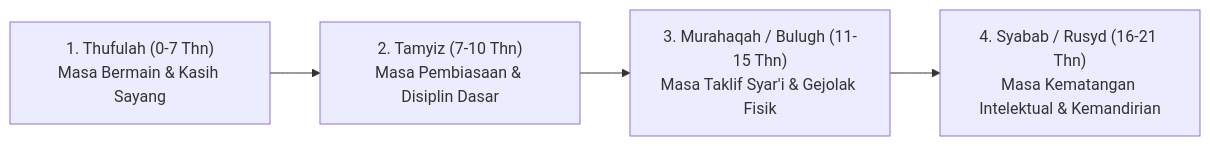
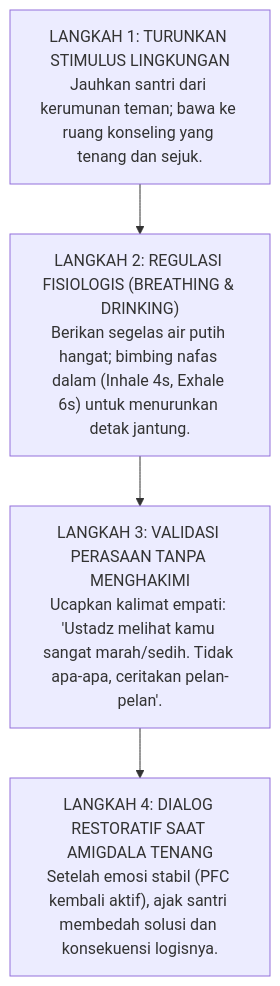
One commit to wandiapriliyandi/tumbuh changed the ninth of 9 diagrams in 01 Philosophy/03 Human Development/P1-03-02-Fase-dan-Lintasan-Perkembangan-Santri.md. Above: the diagram before and after it, drawn with Mermaid. The commit also changed other lines of this file and 31 other files, not shown here.

````diff
--- a/01 Philosophy/03 Human Development/P1-03-02-Fase-dan-Lintasan-Perkembangan-Santri.md
+++ b/01 Philosophy/03 Human Development/P1-03-02-Fase-dan-Lintasan-Perkembangan-Santri.md
@@ -45,6 +447,12 @@
 ```mermaid
-graph LR
-    S1["1. Thufulah (0-7 Thn)<br/>Masa Bermain & Kasih Sayang"] --> S2["2. Tamyiz (7-10 Thn)<br/>Masa Pembiasaan & Disiplin Dasar"]
-    S2 --> S3["3. Murahaqah / Bulugh (11-15 Thn)<br/>Masa Taklif Syar'i & Gejolak Fisik"]
-    S3 --> S4["4. Syabab / Rusyd (16-21 Thn)<br/>Masa Kematangan Intelektual & Kemandirian"]
+flowchart TD
+    S1["LANGKAH 1: TURUNKAN STIMULUS LINGKUNGAN<br/>Jauhkan santri dari kerumunan teman; bawa ke ruang konseling yang tenang dan sejuk."]
+    
+    S2["LANGKAH 2: REGULASI FISIOLOGIS (BREATHING & DRINKING)<br/>Berikan segelas air putih hangat; bimbing nafas dalam (Inhale 4s, Exhale 6s) untuk menurunkan detak jantung."]
+    
+    S3["LANGKAH 3: VALIDASI PERASAAN TANPA MENGHAKIMI<br/>Ucapkan kalimat empati: 'Ustadz melihat kamu sangat marah/sedih. Tidak apa-apa, ceritakan pelan-pelan'."]
+    
+    S4["LANGKAH 4: DIALOG RESTORATIF SAAT AMIGDALA TENANG<br/>Setelah emosi stabil (PFC kembali aktif), ajak santri membedah solusi dan konsekuensi logisnya."]
+    
+    S1 --> S2 --> S3 --> S4
 ```
````
